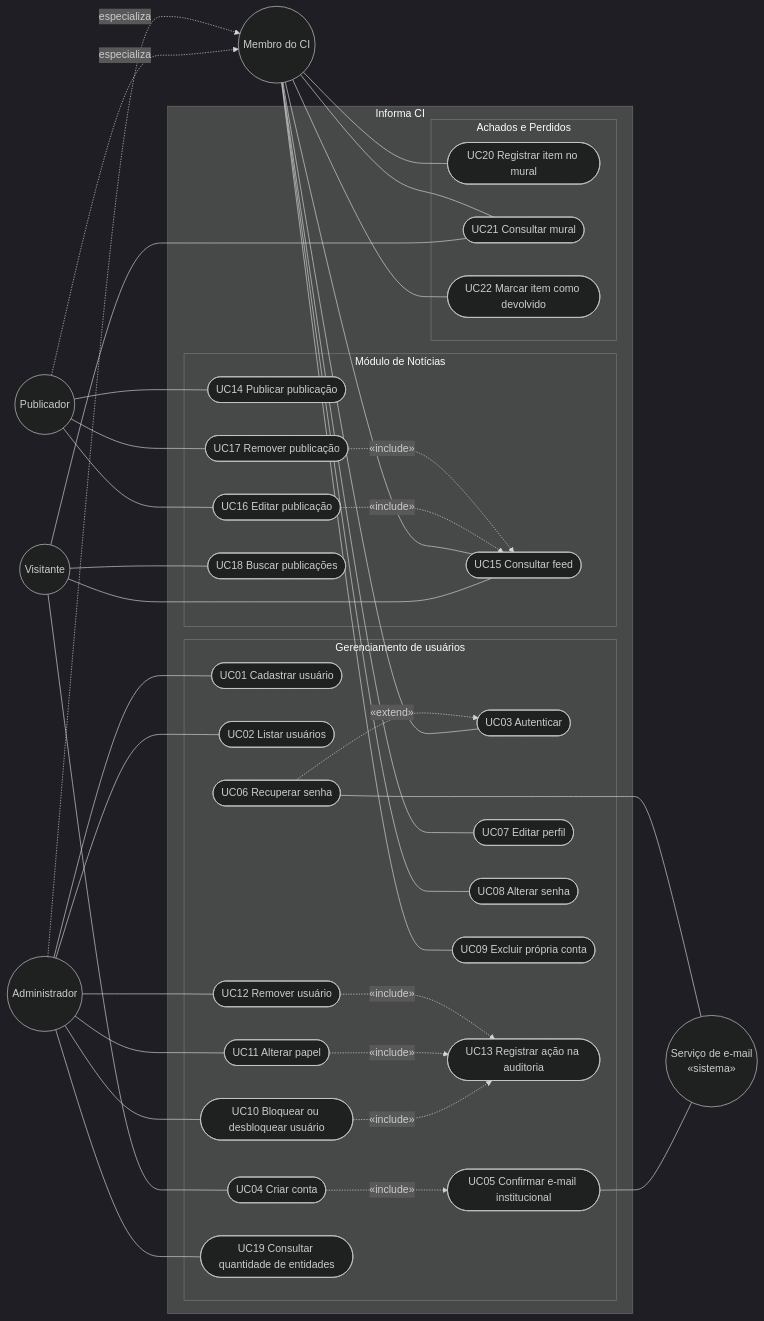
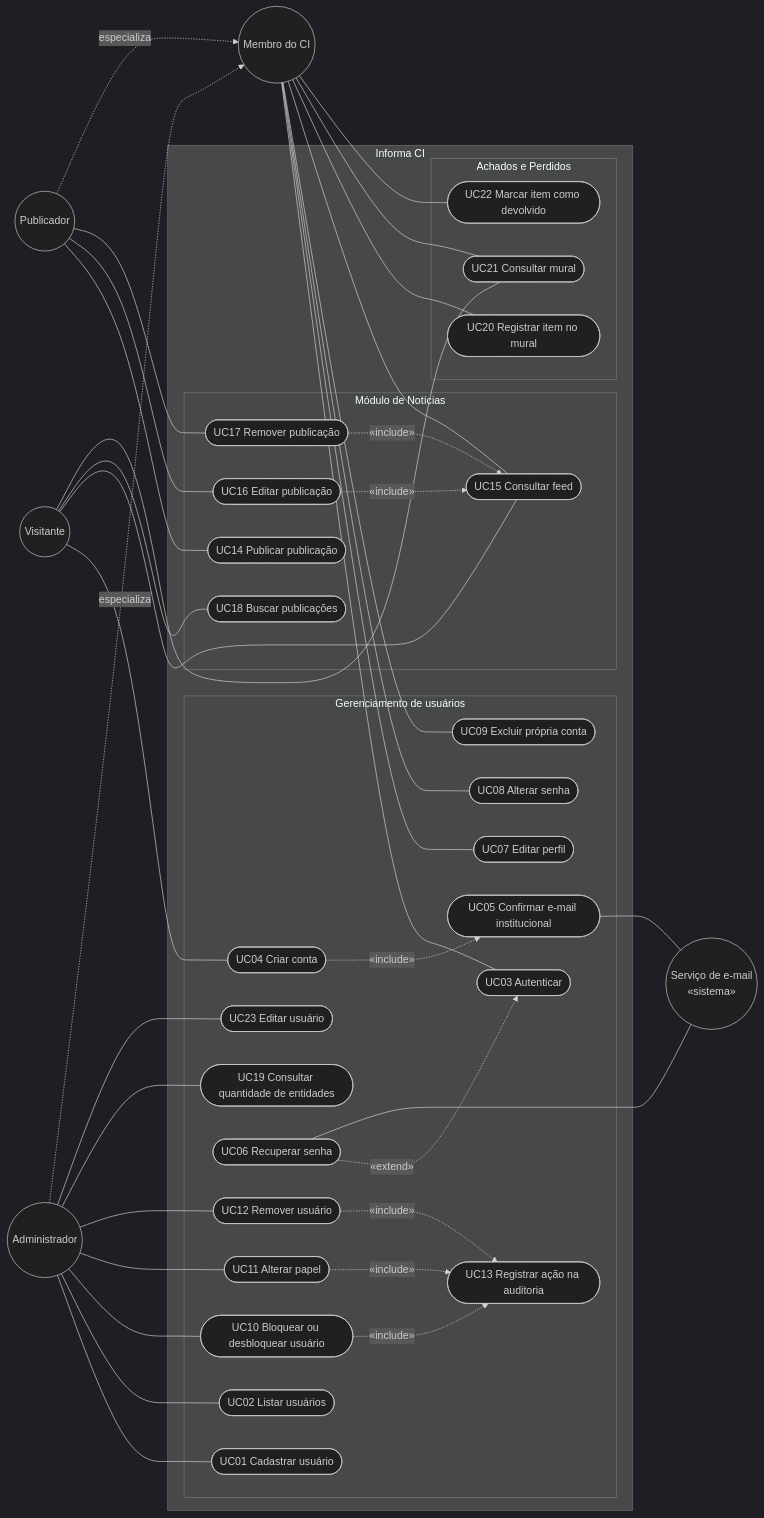
Before and after one commit to rodrigomfortes/informa-ci-mps: the diagram in docs/04-casos-de-uso/README.md, drawn with Mermaid (dark theme). The commit also changed other lines of this file and 9 other files, not shown here.

````diff
--- a/docs/04-casos-de-uso/README.md
+++ b/docs/04-casos-de-uso/README.md
@@ -12,73 +12,75 @@
 ```mermaid
 flowchart LR
     Visitante(("Visitante"))
     Membro(("Membro do CI"))
     Publicador(("Publicador"))
     Administrador(("Administrador"))
     Email(("Serviço de e-mail<br/>«sistema»"))
 
     subgraph InformaCI["Informa CI"]
         subgraph Usuarios["Gerenciamento de usuários"]
             UC01(["UC01 Cadastrar usuário"])
             UC02(["UC02 Listar usuários"])
             UC03(["UC03 Autenticar"])
             UC04(["UC04 Criar conta"])
             UC05(["UC05 Confirmar e-mail institucional"])
             UC06(["UC06 Recuperar senha"])
             UC07(["UC07 Editar perfil"])
             UC08(["UC08 Alterar senha"])
             UC09(["UC09 Excluir própria conta"])
             UC10(["UC10 Bloquear ou desbloquear usuário"])
             UC11(["UC11 Alterar papel"])
             UC12(["UC12 Remover usuário"])
             UC13(["UC13 Registrar ação na auditoria"])
             UC19(["UC19 Consultar quantidade de entidades"])
+            UC23(["UC23 Editar usuário"])
         end
         subgraph Noticias["Módulo de Notícias"]
             UC14(["UC14 Publicar publicação"])
             UC15(["UC15 Consultar feed"])
             UC16(["UC16 Editar publicação"])
             UC17(["UC17 Remover publicação"])
             UC18(["UC18 Buscar publicações"])
         end
         subgraph Achados["Achados e Perdidos"]
             UC20(["UC20 Registrar item no mural"])
             UC21(["UC21 Consultar mural"])
             UC22(["UC22 Marcar item como devolvido"])
         end
     end
 
     Visitante --- UC04
     Visitante --- UC15
     Visitante --- UC18
     Visitante --- UC21
     Membro --- UC03
     Membro --- UC07
     Membro --- UC08
     Membro --- UC09
     Membro --- UC15
     Membro --- UC20
     Membro --- UC21
     Membro --- UC22
     Publicador --- UC14
     Publicador --- UC16
     Publicador --- UC17
     Administrador --- UC01
     Administrador --- UC02
     Administrador --- UC10
     Administrador --- UC11
     Administrador --- UC12
     Administrador --- UC19
+    Administrador --- UC23
     Publicador -. "especializa" .-> Membro
     Administrador -. "especializa" .-> Membro
 
     UC04 -. "«include»" .-> UC05
     UC06 -. "«extend»" .-> UC03
     UC10 -. "«include»" .-> UC13
     UC11 -. "«include»" .-> UC13
     UC12 -. "«include»" .-> UC13
     UC16 -. "«include»" .-> UC15
     UC17 -. "«include»" .-> UC15
     UC05 --- Email
     UC06 --- Email
 ```
````
